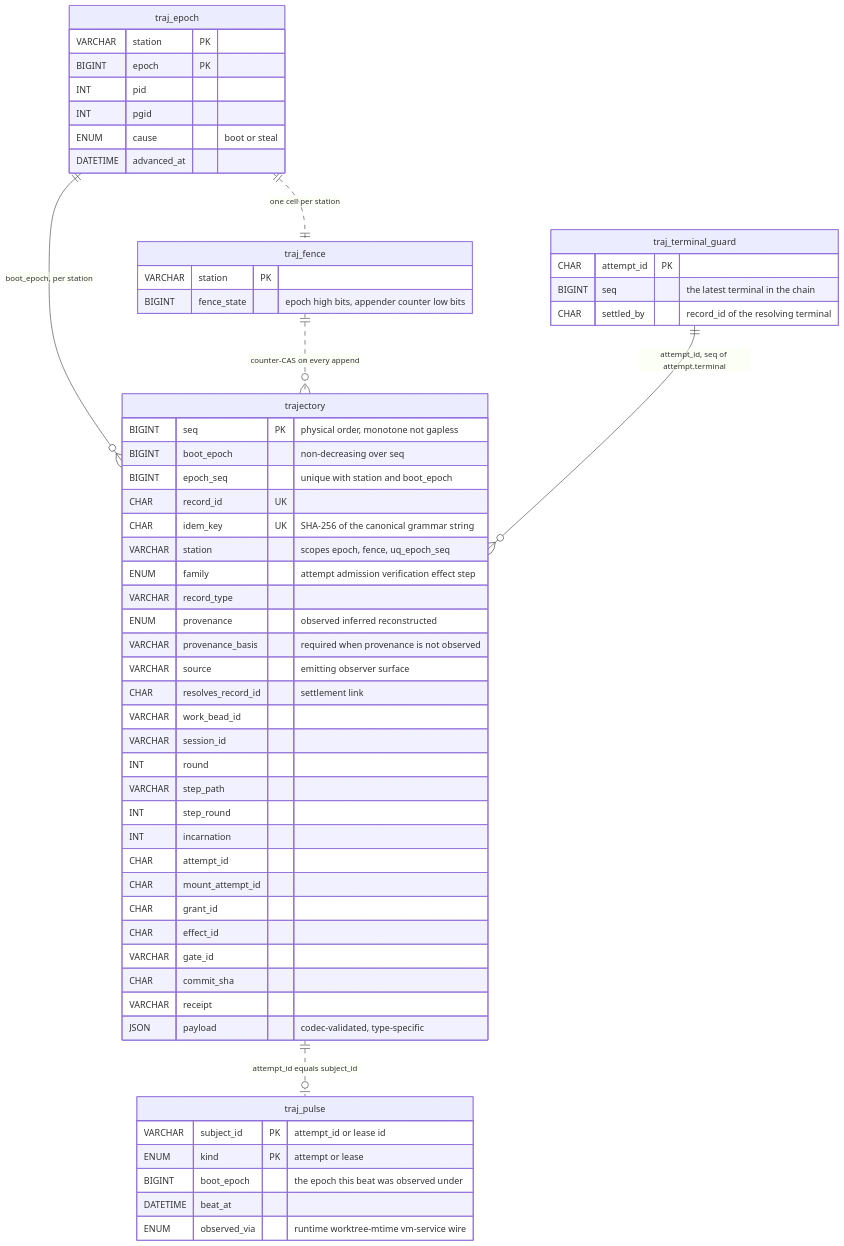
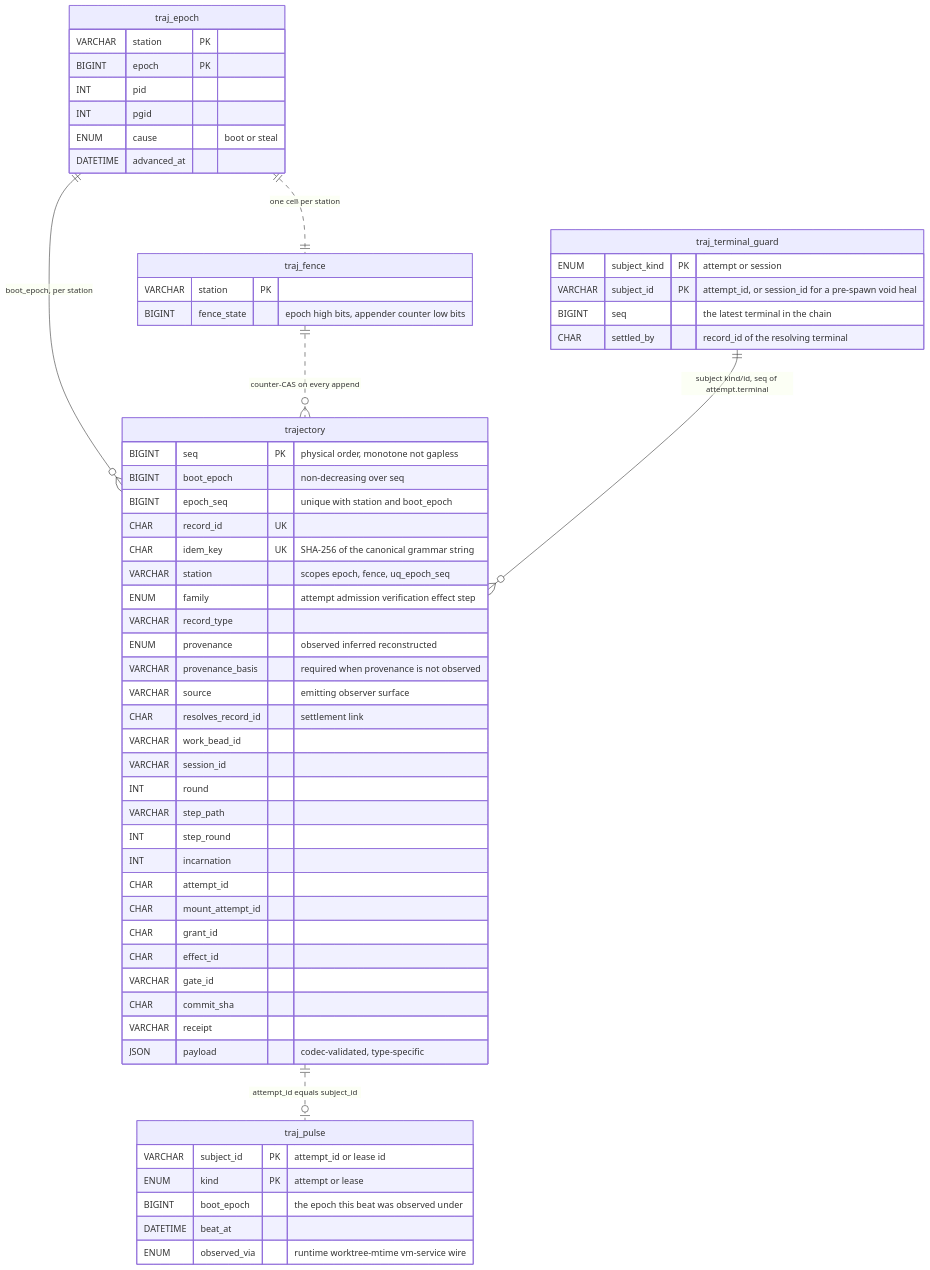
One commit to memento-engineering/the_grid changed the first of 11 diagrams in docs/design/trajectory/trajectory-schema.md. Above: the diagram before and after it, drawn with Mermaid. The commit also changed other lines of this file and 20 other files, not shown here.

First line of the commit message:
fix(trajectory): close voided prespawn session heads (#502)

````diff
--- a/docs/design/trajectory/trajectory-schema.md
+++ b/docs/design/trajectory/trajectory-schema.md
@@ -33,60 +33,61 @@
 ```mermaid
 erDiagram
     traj_epoch {
         VARCHAR station PK
         BIGINT epoch PK
         INT pid
         INT pgid
         ENUM cause "boot or steal"
         DATETIME advanced_at
     }
     traj_fence {
         VARCHAR station PK
         BIGINT fence_state "epoch high bits, appender counter low bits"
     }
     trajectory {
         BIGINT seq PK "physical order, monotone not gapless"
         BIGINT boot_epoch "non-decreasing over seq"
         BIGINT epoch_seq "unique with station and boot_epoch"
         CHAR record_id UK
         CHAR idem_key UK "SHA-256 of the canonical grammar string"
         VARCHAR station "scopes epoch, fence, uq_epoch_seq"
         ENUM family "attempt admission verification effect step"
         VARCHAR record_type
         ENUM provenance "observed inferred reconstructed"
         VARCHAR provenance_basis "required when provenance is not observed"
         VARCHAR source "emitting observer surface"
         CHAR resolves_record_id "settlement link"
         VARCHAR work_bead_id
         VARCHAR session_id
         INT round
         VARCHAR step_path
         INT step_round
         INT incarnation
         CHAR attempt_id
         CHAR mount_attempt_id
         CHAR grant_id
         CHAR effect_id
         VARCHAR gate_id
         CHAR commit_sha
         VARCHAR receipt
         JSON payload "codec-validated, type-specific"
     }
     traj_terminal_guard {
-        CHAR attempt_id PK
+        ENUM subject_kind PK "attempt or session"
+        VARCHAR subject_id PK "attempt_id, or session_id for a pre-spawn void heal"
         BIGINT seq "the latest terminal in the chain"
         CHAR settled_by "record_id of the resolving terminal"
     }
     traj_pulse {
         VARCHAR subject_id PK "attempt_id or lease id"
         ENUM kind PK "attempt or lease"
         BIGINT boot_epoch "the epoch this beat was observed under"
         DATETIME beat_at
         ENUM observed_via "runtime worktree-mtime vm-service wire"
     }
     traj_epoch ||--o{ trajectory : "boot_epoch, per station"
     traj_fence ||..o{ trajectory : "counter-CAS on every append"
-    traj_terminal_guard ||--o{ trajectory : "attempt_id, seq of attempt.terminal"
+    traj_terminal_guard ||--o{ trajectory : "subject kind/id, seq of attempt.terminal"
     trajectory ||..o| traj_pulse : "attempt_id equals subject_id"
     traj_epoch ||..|| traj_fence : "one cell per station"
 ```
````
